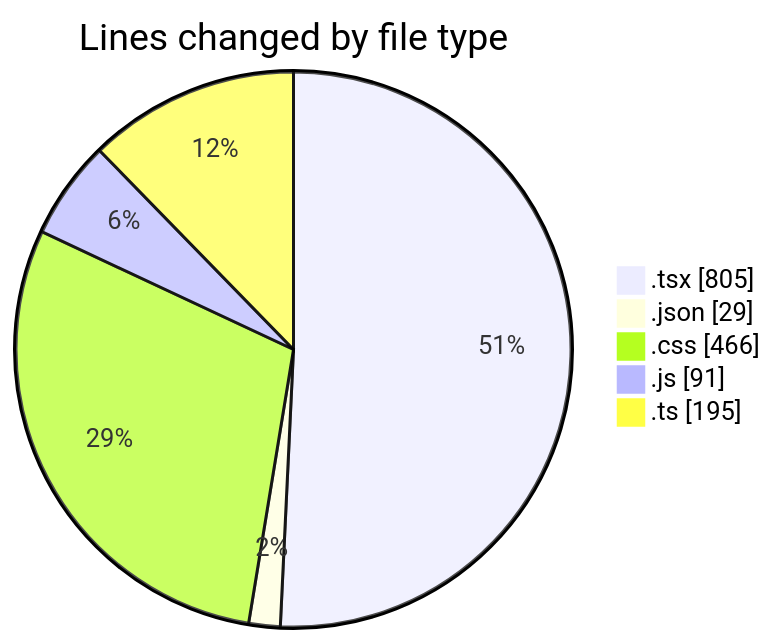
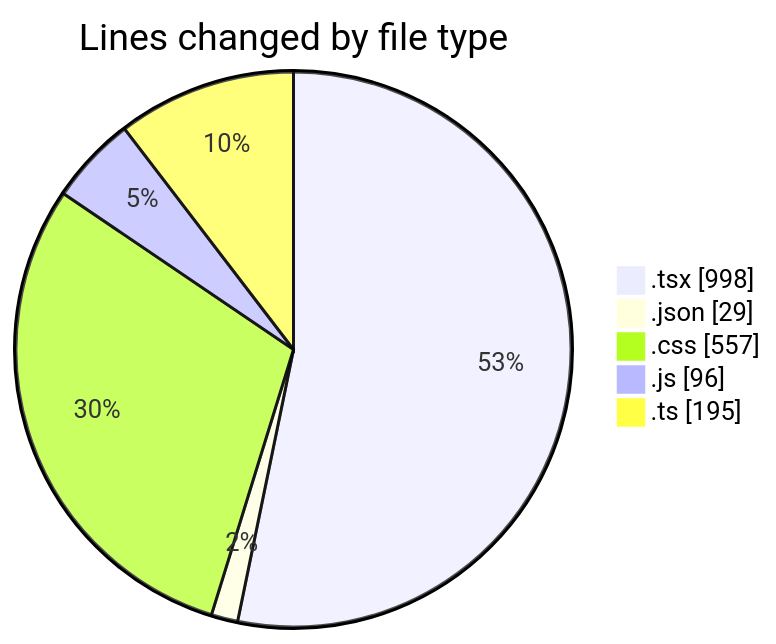
Before and after one commit to Elitesun/code-tracking: the first of 2 diagrams in 2025-05-15/laala_boost/README.md, drawn with Mermaid. The commit also changed other lines of this file and 1 other file, not shown here.

````diff
--- a/2025-05-15/laala_boost/README.md
+++ b/2025-05-15/laala_boost/README.md
@@ -31,9 +31,9 @@
 ```mermaid
 pie showData
 title Lines changed by file type
-".tsx" : 805
+".tsx" : 998
 ".json" : 29
-".css" : 466
-".js" : 91
+".css" : 557
+".js" : 96
 ".ts" : 195
 ```
````
